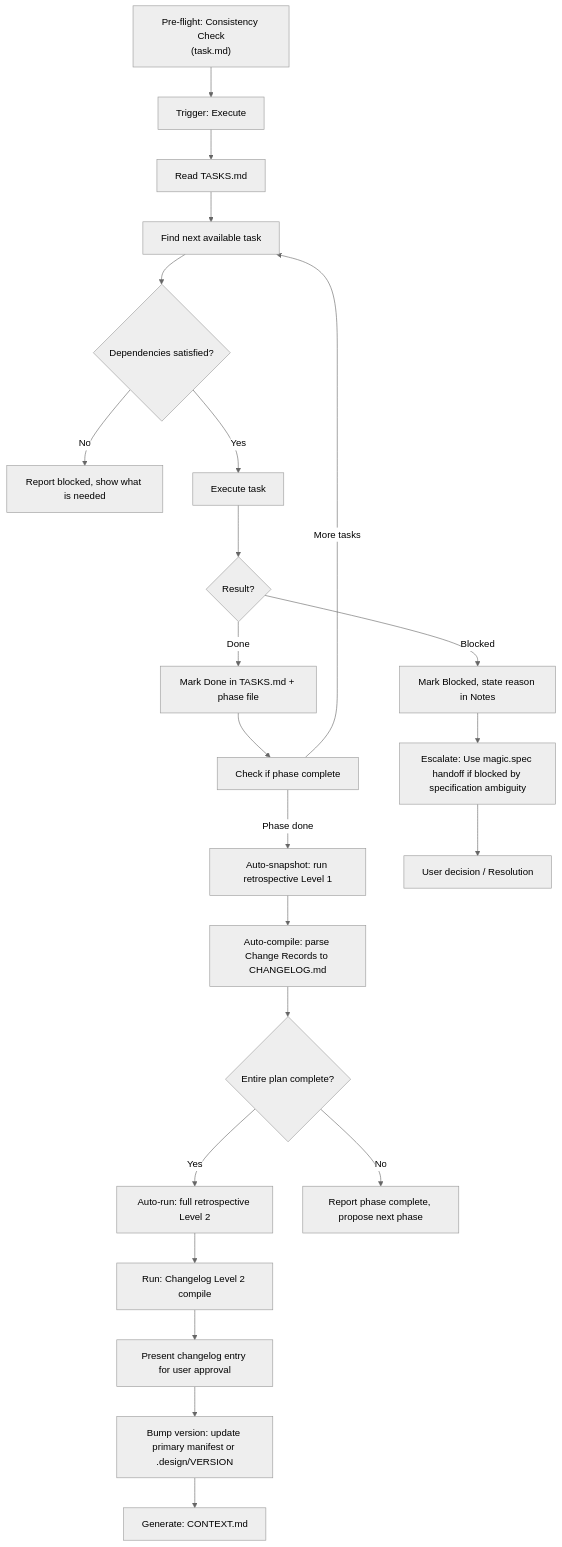
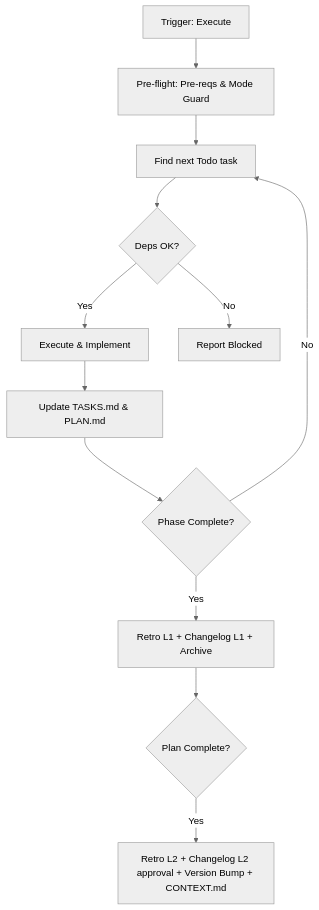
One commit to teratron/magic-spec changed the diagram in .magic/run.md. Above: the diagram before and after it, drawn with Mermaid (neutral theme). The commit also changed other lines of this file and 11 other files, not shown here.

````diff
--- a/.magic/run.md
+++ b/.magic/run.md
@@ -74,25 +31,14 @@
 ```mermaid
 graph TD
-    Z["Pre-flight: Consistency Check\n(task.md)"] --> A
-    A[Trigger: Execute] --> B[Read TASKS.md]
-    B --> C[Find next available task]
-    C --> D{Dependencies satisfied?}
-    D -->|No| E[Report blocked, show what is needed]
-    D -->|Yes| F[Execute task]
-    F --> G{Result?}
-    G -->|Done| H[Mark Done in TASKS.md + phase file]
-    G -->|Blocked| I[Mark Blocked, state reason in Notes]
-    H --> J[Check if phase complete]
-    J -->|Phase done| K[Auto-snapshot: run retrospective Level 1]
-    K --> L1[Auto-compile: parse Change Records to CHANGELOG.md]
-    L1 --> L{Entire plan complete?}
-    L -->|Yes| M[Auto-run: full retrospective Level 2]
-    M --> M1[Run: Changelog Level 2 compile]
-    M1 --> N1[Present changelog entry for user approval]
-    N1 --> N2[Bump version: update primary manifest or .design/VERSION]
-    N2 --> N3[Generate: CONTEXT.md]
-    L -->|No| N[Report phase complete, propose next phase]
-    J -->|More tasks| C
-    I --> O[Escalate: Use magic.spec handoff if blocked by specification ambiguity]
-    O --> P[User decision / Resolution]
+    A[Trigger: Execute] --> B[Pre-flight: Pre-reqs & Mode Guard]
+    B --> C[Find next Todo task]
+    C --> D{Deps OK?}
+    D -->|Yes| E[Execute & Implement]
+    D -->|No| F[Report Blocked]
+    E --> G[Update TASKS.md & PLAN.md]
+    G --> H{Phase Complete?}
+    H -->|Yes| I[Retro L1 + Changelog L1 + Archive]
+    I --> J{Plan Complete?}
+    J -->|Yes| K[Retro L2 + Changelog L2 approval + Version Bump + CONTEXT.md]
+    H -->|No| C
 ```
````
